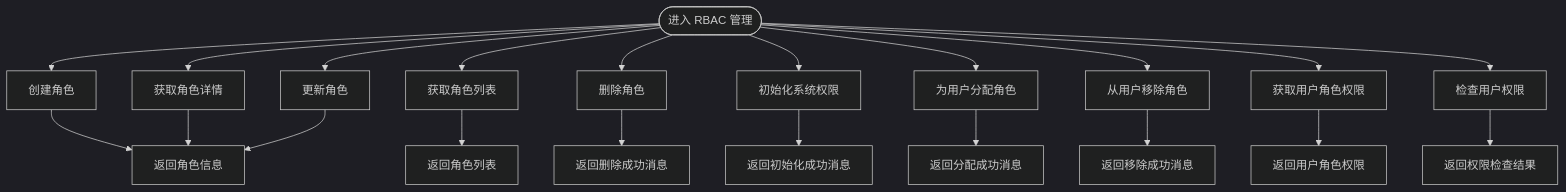
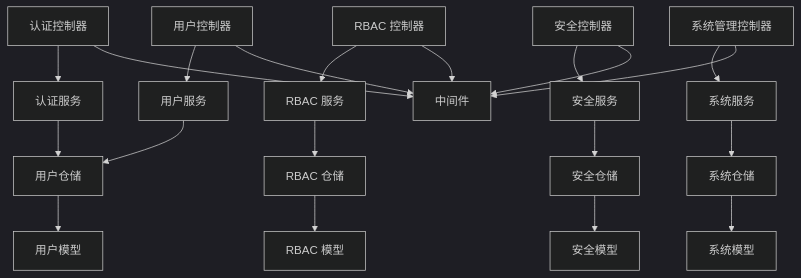
One commit to taoweidong/Hello-Django-Ninja-Api changed the third of 3 diagrams in .qoder/repowiki/zh/content/API 接口文档/API 接口文档.md. Above: the diagram before and after it, drawn with Mermaid (dark theme). The commit also changed other lines of this file and 106 other files, not shown here.

````diff
--- a/.qoder/repowiki/zh/content/API 接口文档/API 接口文档.md
+++ b/.qoder/repowiki/zh/content/API 接口文档/API 接口文档.md
@@ -239,23 +309,22 @@
 ```mermaid
-flowchart TD
-Start(["进入 RBAC 管理"]) --> CreateRole["创建角色"]
-Start --> GetRole["获取角色详情"]
-Start --> ListRoles["获取角色列表"]
-Start --> UpdateRole["更新角色"]
-Start --> DeleteRole["删除角色"]
-Start --> InitPerms["初始化系统权限"]
-Start --> AssignRole["为用户分配角色"]
-Start --> RemoveRole["从用户移除角色"]
-Start --> GetUserRoles["获取用户角色权限"]
-Start --> CheckPerm["检查用户权限"]
-CreateRole --> RespRole["返回角色信息"]
-GetRole --> RespRole
-ListRoles --> RespList["返回角色列表"]
-UpdateRole --> RespRole
-DeleteRole --> RespDel["返回删除成功消息"]
-InitPerms --> RespInit["返回初始化成功消息"]
-AssignRole --> RespAssign["返回分配成功消息"]
-RemoveRole --> RespRemove["返回移除成功消息"]
-GetUserRoles --> RespUserRoles["返回用户角色权限"]
-CheckPerm --> RespCheck["返回权限检查结果"]
+graph TB
+CtrlAuth["认证控制器"] --> SvcAuth["认证服务"]
+CtrlUser["用户控制器"] --> SvcUser["用户服务"]
+CtrlRbac["RBAC 控制器"] --> SvcRbac["RBAC 服务"]
+CtrlSec["安全控制器"] --> SvcSec["安全服务"]
+CtrlSys["系统管理控制器"] --> SvcSys["系统服务"]
+SvcAuth --> RepoUser["用户仓储"]
+SvcUser --> RepoUser
+SvcRbac --> RepoRbac["RBAC 仓储"]
+SvcSec --> RepoSec["安全仓储"]
+SvcSys --> RepoSys["系统仓储"]
+RepoUser --> ModelUser["用户模型"]
+RepoRbac --> ModelRbac["RBAC 模型"]
+RepoSec --> ModelSec["安全模型"]
+RepoSys --> ModelSys["系统模型"]
+CtrlAuth --> Mid["中间件"]
+CtrlUser --> Mid
+CtrlRbac --> Mid
+CtrlSec --> Mid
+CtrlSys --> Mid
 ```
````
